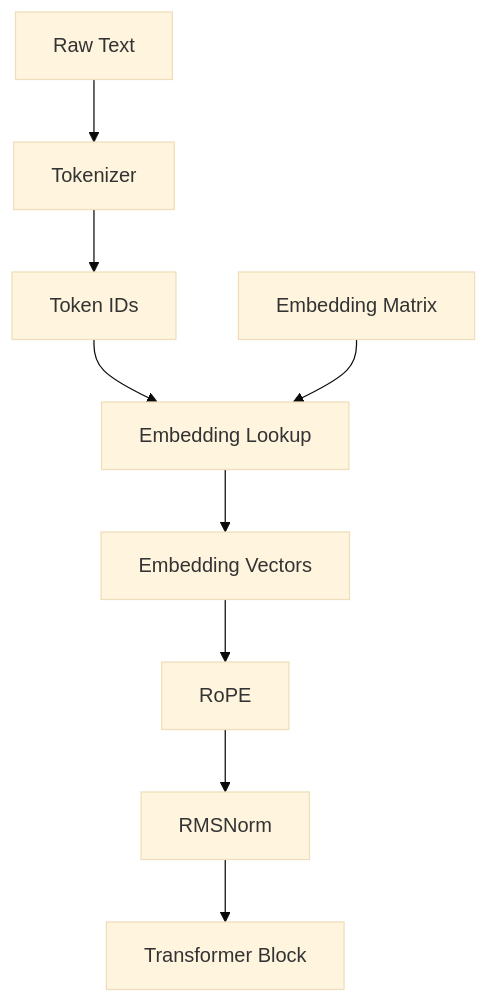
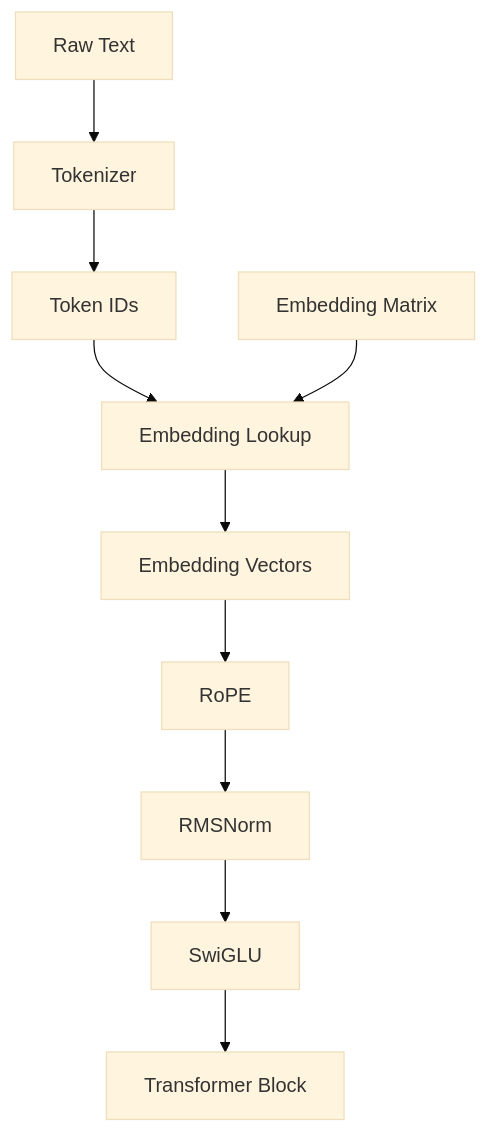
The diagram in README.md (404khai/odyssey), drawn with Mermaid (base theme) before and after one commit. The commit also changed other lines of this file and 33 other files, not shown here.

First line of the commit message:
feat(model): implement LLaMA-style SwiGLU feed-forward network

````diff
--- a/README.md
+++ b/README.md
@@ -40,11 +41,12 @@
 ```mermaid
 flowchart TD
     RawText[Raw Text] --> Tokenizer
     Tokenizer --> TokenIDs[Token IDs]
     TokenIDs --> EmbeddingLookup[Embedding Lookup]
     EmbeddingMatrix[Embedding Matrix] --> EmbeddingLookup
     EmbeddingLookup --> Vectors[Embedding Vectors]
     Vectors --> RoPE[RoPE]
     RoPE --> RMSNorm[RMSNorm]
-    RMSNorm --> TransformerBlock[Transformer Block]
+    RMSNorm --> SwiGLU[SwiGLU]
+    SwiGLU --> TransformerBlock[Transformer Block]
 ```
````
